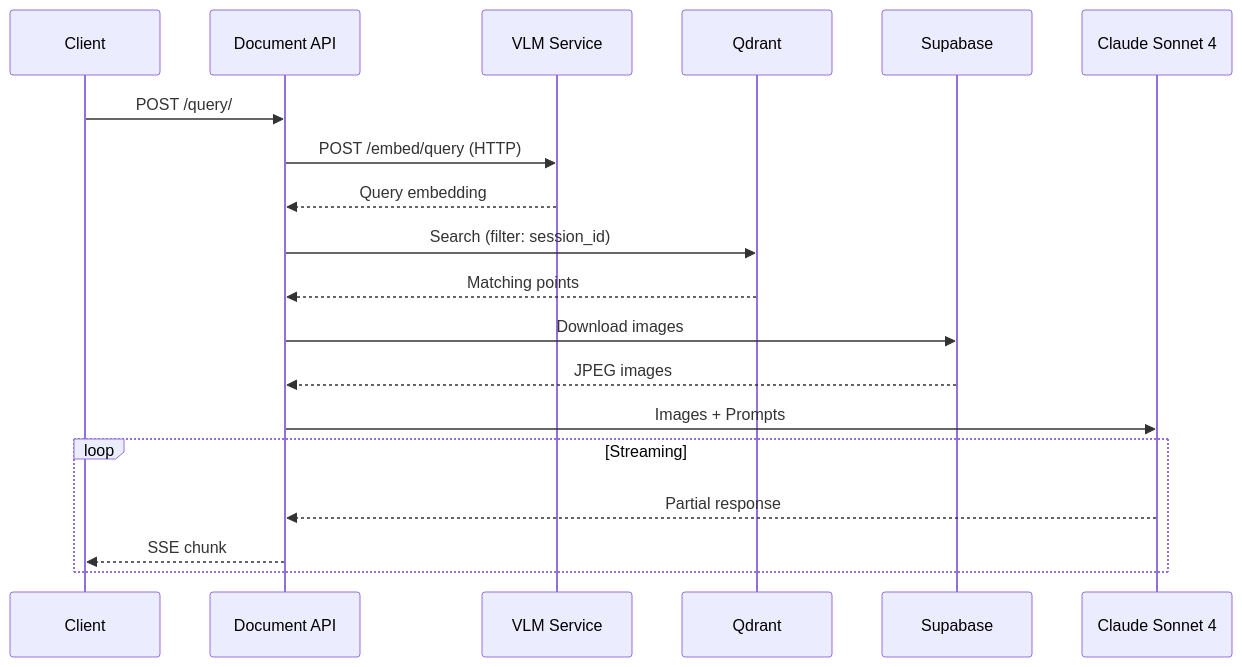
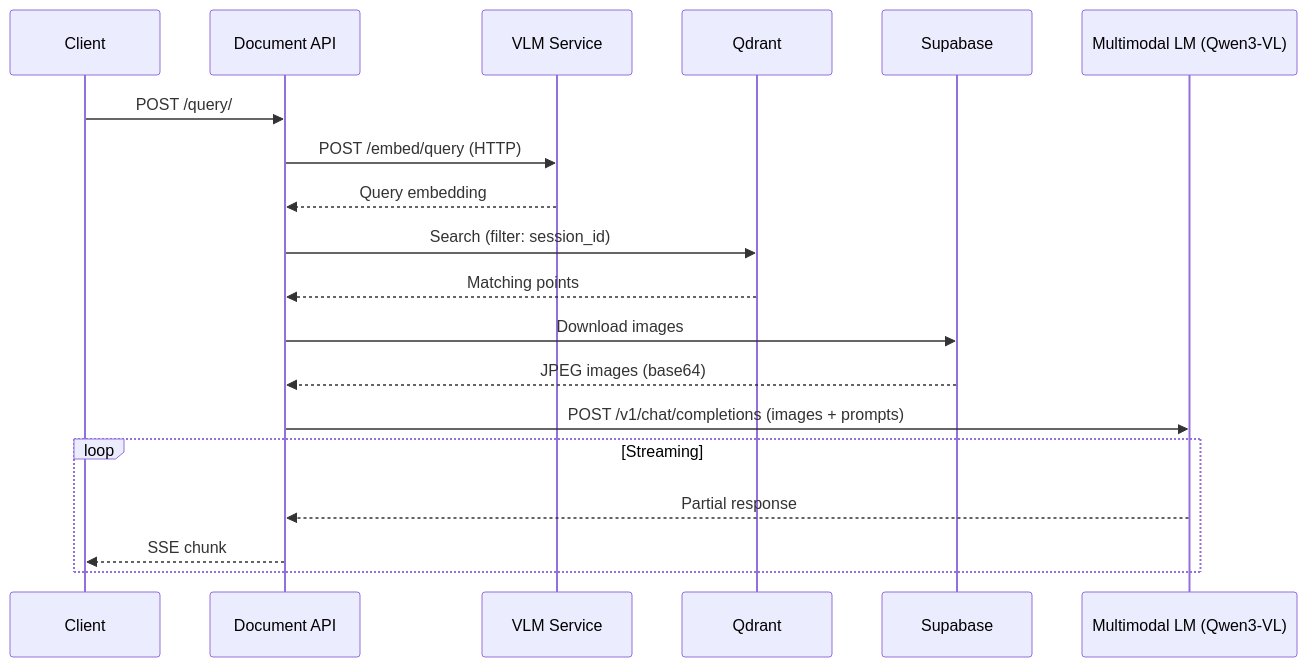
One commit to akosgintl/colpali-rag-app changed the second of 2 diagrams in docs/api-reference.md. Above: the diagram before and after it, drawn with Mermaid. The commit also changed other lines of this file and 35 other files, not shown here.

````diff
--- a/docs/api-reference.md
+++ b/docs/api-reference.md
@@ -122,23 +123,23 @@
 ```mermaid
 sequenceDiagram
     participant Client
     participant API as Document API
     participant VLM as VLM Service
     participant Qdrant
     participant Supabase
-    participant Claude as Claude Sonnet 4
+    participant MLM as Multimodal LM (Qwen3-VL)
 
     Client->>API: POST /query/
     API->>VLM: POST /embed/query (HTTP)
     VLM-->>API: Query embedding
     API->>Qdrant: Search (filter: session_id)
     Qdrant-->>API: Matching points
     API->>Supabase: Download images
-    Supabase-->>API: JPEG images
-    API->>Claude: Images + Prompts
+    Supabase-->>API: JPEG images (base64)
+    API->>MLM: POST /v1/chat/completions (images + prompts)
 
     loop Streaming
-        Claude-->>API: Partial response
+        MLM-->>API: Partial response
         API-->>Client: SSE chunk
     end
 ```
````
